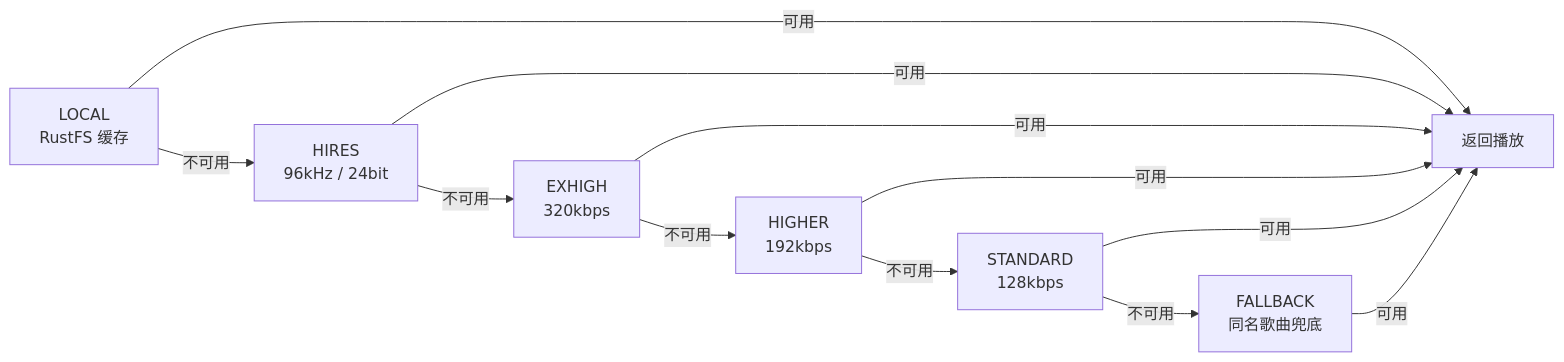
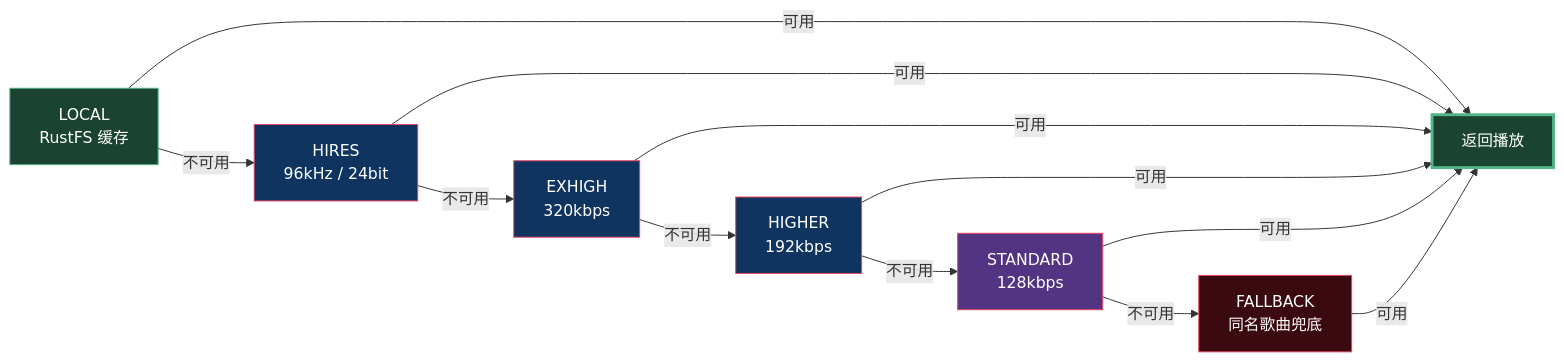
One commit to chunren1/vibeMusic changed the fourth of 4 diagrams in README.md. Above: the diagram before and after it, drawn with Mermaid. The commit also changed other lines of this file, not shown here.

Commit message:
恢复彩色Mermaid样式, 去掉✅图标

````diff
--- a/README.md
+++ b/README.md
@@ -190,24 +221,32 @@
 ```mermaid
 flowchart LR
     L0["LOCAL
     RustFS 缓存"]
     L1["HIRES
     96kHz / 24bit"]
     L2["EXHIGH
     320kbps"]
     L3["HIGHER
     192kbps"]
     L4["STANDARD
     128kbps"]
     L5["FALLBACK
     同名歌曲兜底"]
     DONE["返回播放"]
 
     L0 -->|不可用| L1 -->|不可用| L2 -->|不可用| L3 -->|不可用| L4 -->|不可用| L5
     L0 -->|可用| DONE
     L1 -->|可用| DONE
     L2 -->|可用| DONE
     L3 -->|可用| DONE
     L4 -->|可用| DONE
     L5 -->|可用| DONE
+
+    style L0 fill:#1b4332,stroke:#52b788,color:#fff
+    style L1 fill:#0f3460,stroke:#e94560,color:#fff
+    style L2 fill:#0f3460,stroke:#e94560,color:#fff
+    style L3 fill:#0f3460,stroke:#e94560,color:#fff
+    style L4 fill:#533483,stroke:#e94560,color:#fff
+    style L5 fill:#3b0a11,stroke:#e94560,color:#fff
+    style DONE fill:#1b4332,stroke:#52b788,color:#fff,stroke-width:3px
 ```
````
